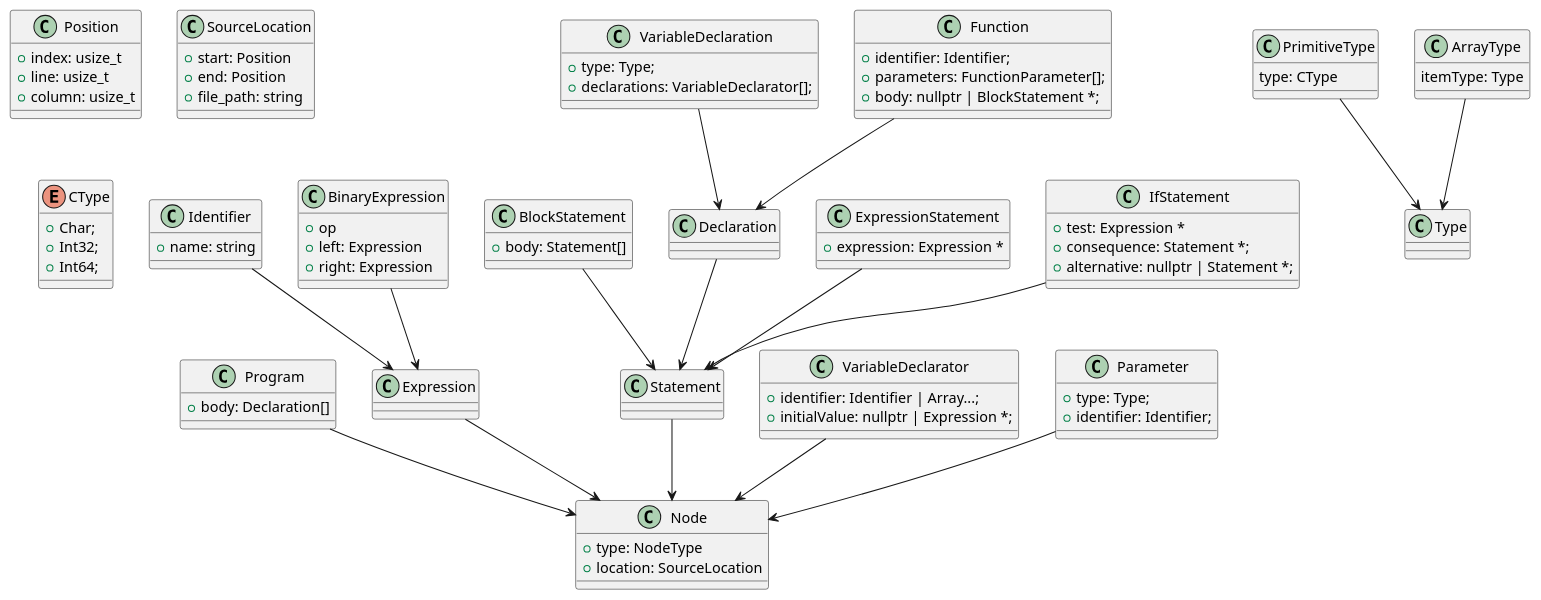
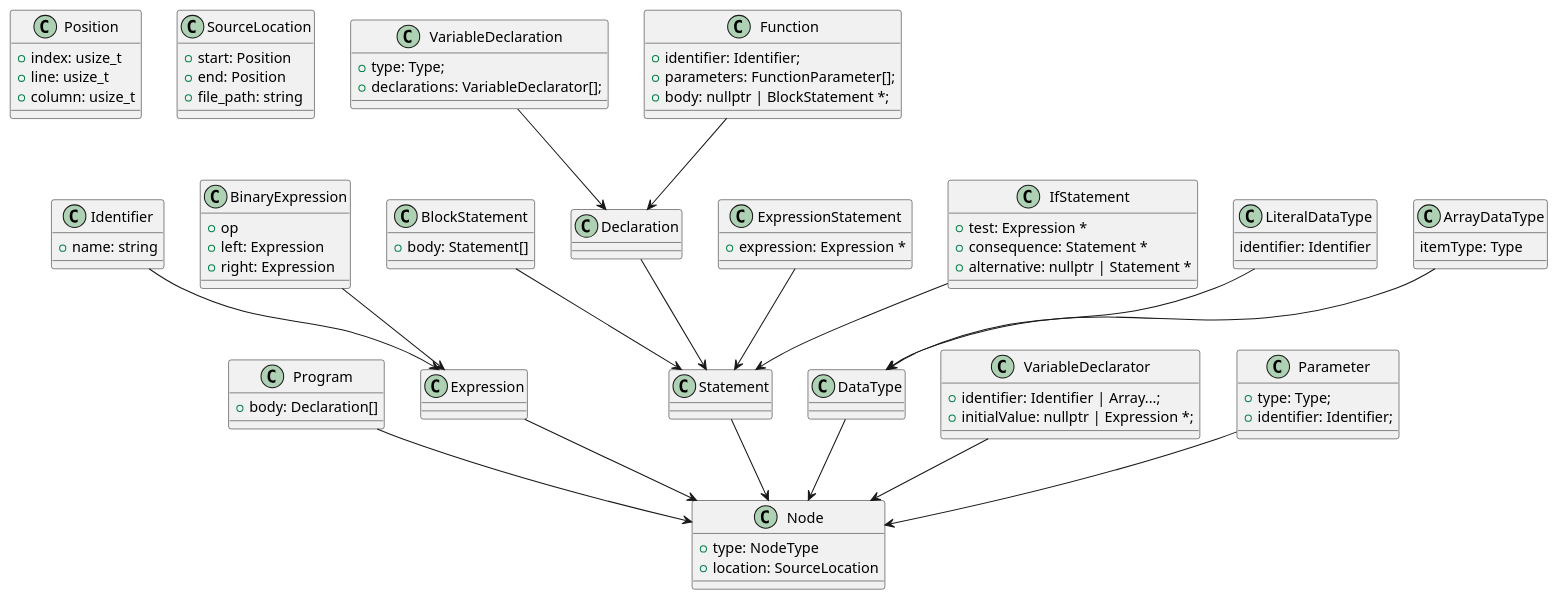
The diagram in doc/ast.puml (Lyrositor/o10-comp), drawn with PlantUML before and after one commit. The commit also changed 12 other files, not shown here.

First line of the commit message:
Rename comp::ast::Type to comp::ast::DataType.

```diff
--- a/doc/ast.puml
+++ b/doc/ast.puml
@@ -1,117 +1,113 @@
 @startuml
 
 class Position {
   +index: usize_t
   +line: usize_t
   +column: usize_t
 }
 
 class SourceLocation {
   +start: Position
   +end: Position
   +file_path: string
 }
 
 class Node {
   +type: NodeType
   +location: SourceLocation
 }
 
 class Program {
   +body: Declaration[]
 }
 
 class Expression {
 
 }
 
 class Statement {
 
 }
 
 class BlockStatement {
   +body: Statement[]
 }
 
 class Declaration {
 
 }
 
-enum CType {
-  +Char;
-  +Int32;
-  +Int64;
-}
 
-class Type {
+class DataType {
 
 }
 
-class PrimitiveType {
-  type: CType
+class LiteralDataType {
+  identifier: Identifier
 }
 
-class ArrayType {
+class ArrayDataType {
   itemType: Type
 }
 
-PrimitiveType --> Type
-ArrayType --> Type
 
 class VariableDeclaration {
   +type: Type;
   +declarations: VariableDeclarator[];
 }
 
 class VariableDeclarator {
   +identifier: Identifier | Array...;
   +initialValue: nullptr | Expression *;
 }
 
 class Function {
   +identifier: Identifier;
   +parameters: FunctionParameter[];
   +body: nullptr | BlockStatement *;
 }
 
 class Parameter {
   +type: Type;
   +identifier: Identifier;
 }
 
 class ExpressionStatement {
   +expression: Expression *
 }
 
 
 class IfStatement {
   +test: Expression *
-  +consequence: Statement *;
-  +alternative: nullptr | Statement *;
+  +consequence: Statement *
+  +alternative: nullptr | Statement *
 }
 
 class Identifier {
   +name: string
 }
 
 class BinaryExpression {
   +op
   +left: Expression
   +right: Expression
 }
 
 Program --> Node
 Expression --> Node
 Declaration --> Statement
 VariableDeclaration --> Declaration
 Function --> Declaration
 VariableDeclarator --> Node
 Statement --> Node
 BlockStatement --> Statement
 ExpressionStatement --> Statement
 IfStatement --> Statement
 Identifier --> Expression
 Parameter --> Node
 BinaryExpression --> Expression
+DataType --> Node
+LiteralDataType --> DataType
+ArrayDataType --> DataType
 
 @enduml
```
